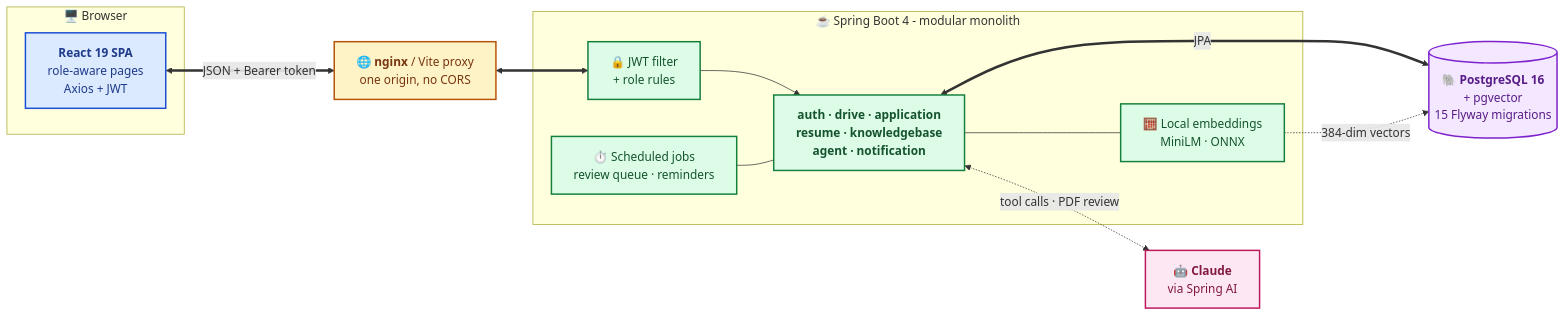
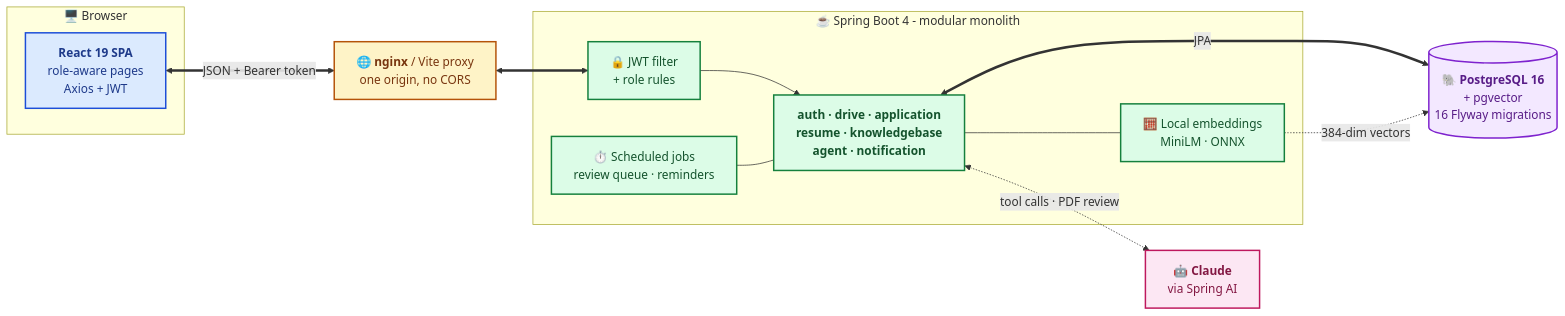
The first of 2 diagrams in README.md (RishitheB0T/placement-prep), drawn with Mermaid before and after one commit. The commit also changed other lines of this file and 4 other files, not shown here.

````diff
--- a/README.md
+++ b/README.md
@@ -169,38 +169,38 @@
 ```mermaid
 flowchart LR
     subgraph CLIENT["🖥️ Browser"]
         SPA["<b>React 19 SPA</b><br/>role-aware pages<br/>Axios + JWT"]
     end
 
     PROXY["🌐 <b>nginx</b> / Vite proxy<br/>one origin, no CORS"]
 
     subgraph API["☕ Spring Boot 4 - modular monolith"]
         SEC["🔒 JWT filter<br/>+ role rules"]
         MODS["<b>auth · drive · application<br/>resume · knowledgebase<br/>agent · notification</b>"]
         JOBS["⏱️ Scheduled jobs<br/>review queue · reminders"]
         EMB["🧮 Local embeddings<br/>MiniLM · ONNX"]
         SEC --> MODS
         JOBS --- MODS
         MODS --- EMB
     end
 
-    DB[("🐘 <b>PostgreSQL 16</b><br/>+ pgvector<br/>15 Flyway migrations")]
+    DB[("🐘 <b>PostgreSQL 16</b><br/>+ pgvector<br/>16 Flyway migrations")]
     LLM["🤖 <b>Claude</b><br/>via Spring AI"]
 
     SPA <==>|"JSON + Bearer token"| PROXY
     PROXY <==> SEC
     MODS <==>|"JPA"| DB
     EMB -.->|"384-dim vectors"| DB
     MODS <-.->|"tool calls · PDF review"| LLM
 
     classDef client fill:#dbeafe,stroke:#1d4ed8,stroke-width:2px,color:#1e3a8a
     classDef edge fill:#fef3c7,stroke:#b45309,stroke-width:2px,color:#78350f
     classDef api fill:#dcfce7,stroke:#15803d,stroke-width:2px,color:#14532d
     classDef data fill:#f3e8ff,stroke:#7e22ce,stroke-width:2px,color:#581c87
     classDef ai fill:#fce7f3,stroke:#be185d,stroke-width:2px,color:#831843
     class SPA client
     class PROXY edge
     class SEC,MODS,JOBS,EMB api
     class DB data
     class LLM ai
 ```
````
